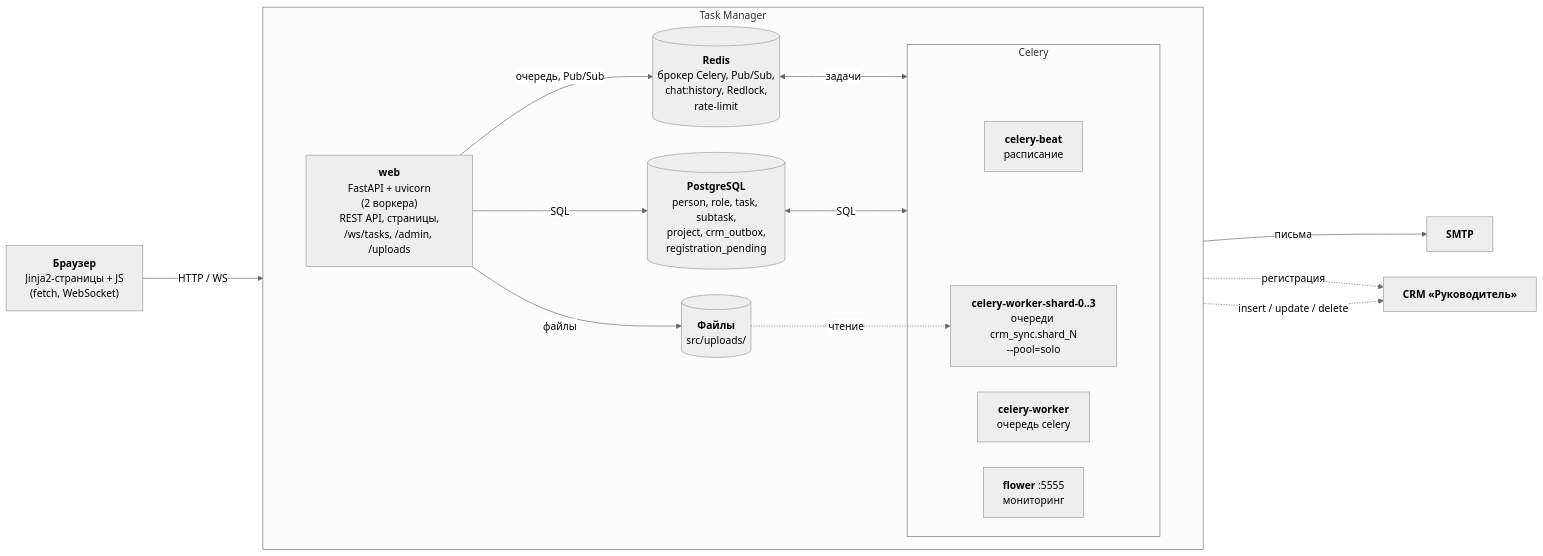
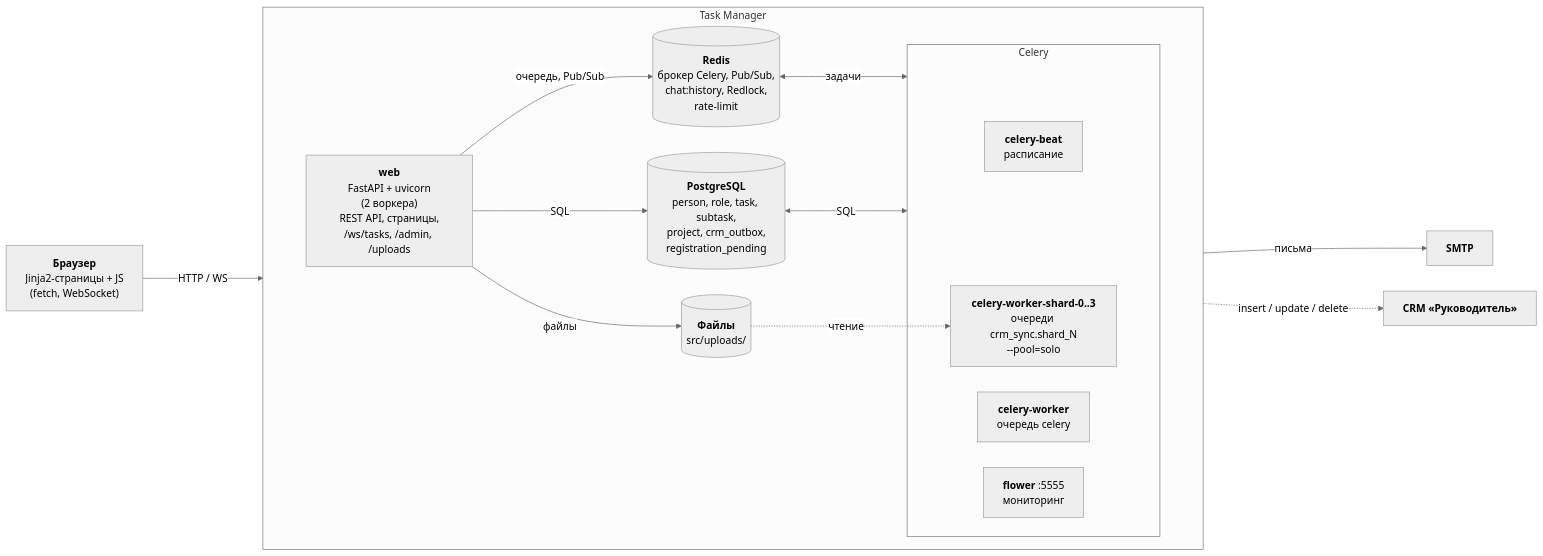
One commit to bodyauza/task-manager changed the second of 7 diagrams in README.md. Above: the diagram before and after it, drawn with Mermaid (neutral theme). The commit also changed other lines of this file and 27 other files, not shown here.

First line of the commit message:
fix(auth,crm-outbox): убрана CRM-регистрация пользователей, устранена гонка обгона событий outbox

````diff
--- a/README.md
+++ b/README.md
@@ -151,34 +146,33 @@
 ```mermaid
 %%{init: {"flowchart": {"nodeSpacing": 40, "rankSpacing": 110, "curve": "basis", "htmlLabels": true, "padding": 15}}}%%
 flowchart LR
     browser["<b>Браузер</b><br/>Jinja2-страницы + JS<br/>(fetch, WebSocket)"]
 
     subgraph tm["Task Manager"]
         direction LR
         web["<b>web</b><br/>FastAPI + uvicorn<br/>(2 воркера)<br/>REST API, страницы,<br/>/ws/tasks, /admin, /uploads"]
         pg[("<b>PostgreSQL</b><br/>person, role, task, subtask,<br/>project, crm_outbox,<br/>registration_pending")]
         redis[("<b>Redis</b><br/>брокер Celery, Pub/Sub,<br/>chat:history, Redlock,<br/>rate-limit")]
         fs[("<b>Файлы</b><br/>src/uploads/")]
 
         subgraph celery["Celery"]
             beat["<b>celery-beat</b><br/>расписание"]
             wdef["<b>celery-worker</b><br/>очередь celery"]
             wshard["<b>celery-worker-shard-0..3</b><br/>очереди crm_sync.shard_N<br/>--pool=solo"]
             flower["<b>flower</b> :5555<br/>мониторинг"]
         end
     end
 
     smtp["<b>SMTP</b>"]
     crm["<b>CRM «Руководитель»</b>"]
 
     browser -->|"HTTP / WS"| web
     web -->|"SQL"| pg
     web -->|"очередь, Pub/Sub"| redis
     web -->|"файлы"| fs
     web -->|"письма"| smtp
     redis <-->|"задачи"| celery
     pg <-->|"SQL"| celery
     fs -.->|"чтение"| wshard
-    web -.->|"регистрация"| crm
     wshard -.->|"insert / update / delete"| crm
 ```
````
